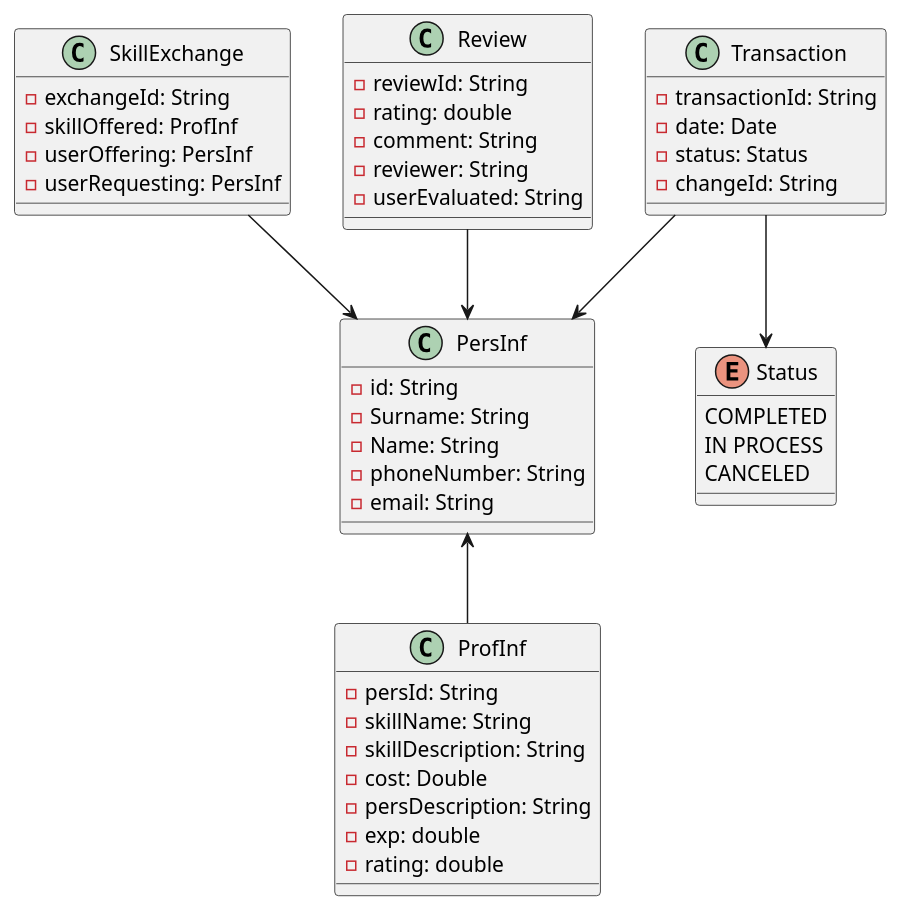
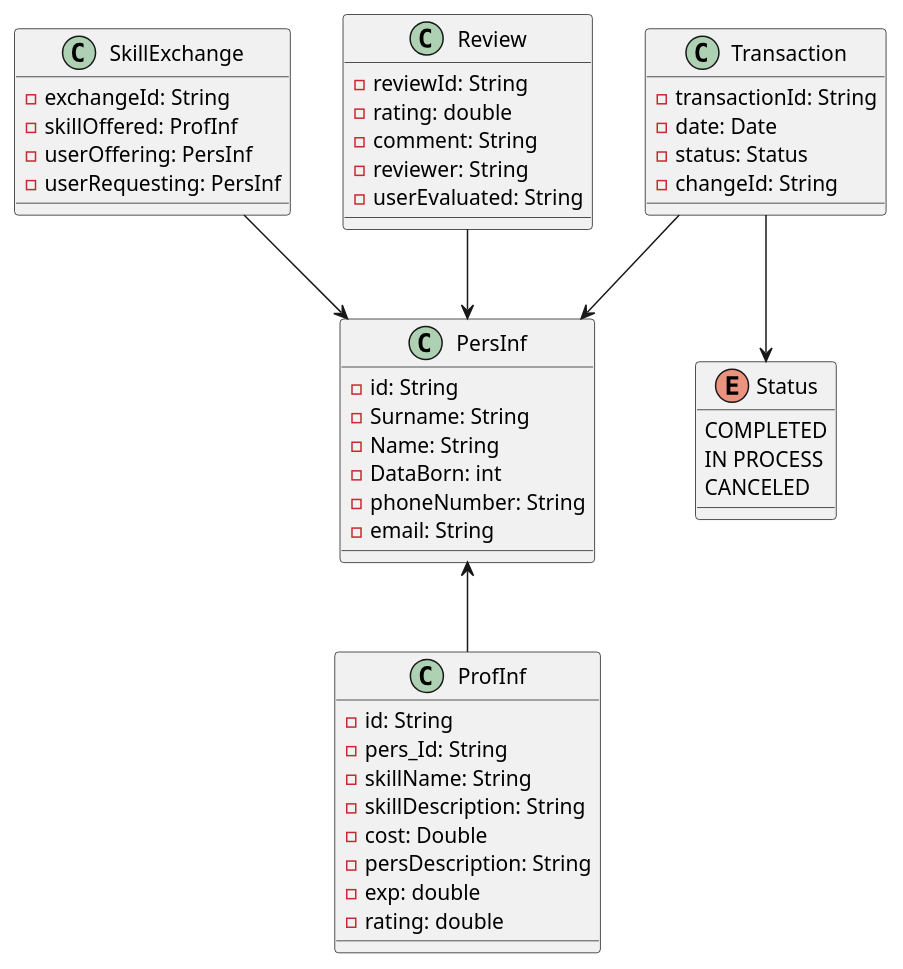
The diagram in src/main/resources/umlDiagrams/ClassDiagramm.puml (Xastt/SkillSwap), drawn with PlantUML before and after one commit. The commit also changed 9 other files, not shown here.

```diff
--- a/src/main/resources/umlDiagrams/ClassDiagramm.puml
+++ b/src/main/resources/umlDiagrams/ClassDiagramm.puml
@@ -1,55 +1,57 @@
 @startuml
 
 class PersInf {
     -id: String
     -Surname: String
     -Name: String
+    -DataBorn: int
     -phoneNumber: String
     -email: String
 }
 
 class ProfInf {
-    -persId: String
+    -id: String
+    -pers_Id: String
     -skillName: String
     -skillDescription: String
     -cost: Double
     -persDescription: String
     -exp: double
     -rating: double
 }
 
 class SkillExchange {
     -exchangeId: String
     -skillOffered: ProfInf
     -userOffering: PersInf
     -userRequesting: PersInf
 }
 
 class Review {
     -reviewId: String
     -rating: double
     -comment: String
     -reviewer: String
     -userEvaluated: String
 }
 
 class Transaction {
     -transactionId: String
     -date: Date
     -status: Status
     -changeId: String
 }
 
 enum Status {
     COMPLETED
     IN PROCESS
     CANCELED
 }
 
 PersInf <-- ProfInf
 SkillExchange --> PersInf
 Review --> PersInf
 Transaction --> PersInf
 Transaction --> Status
 
 @enduml
```
